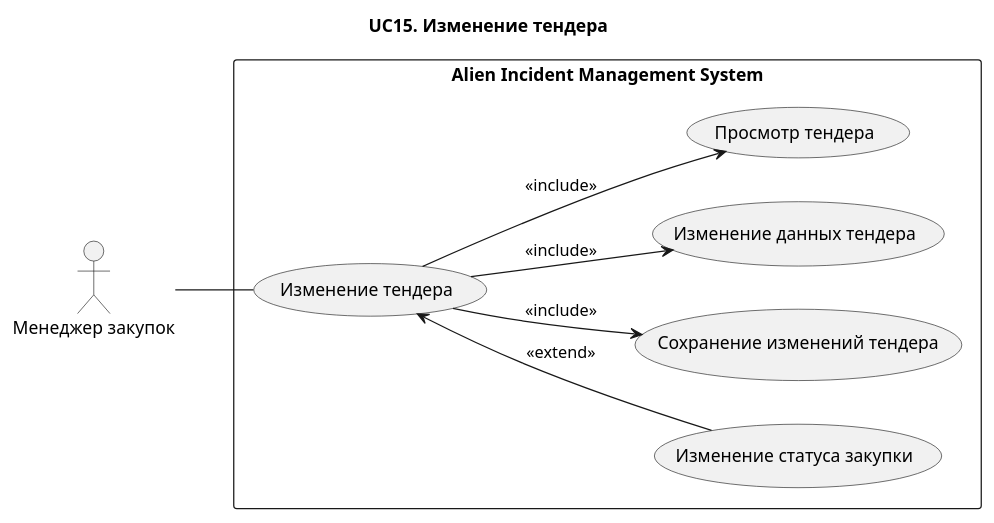
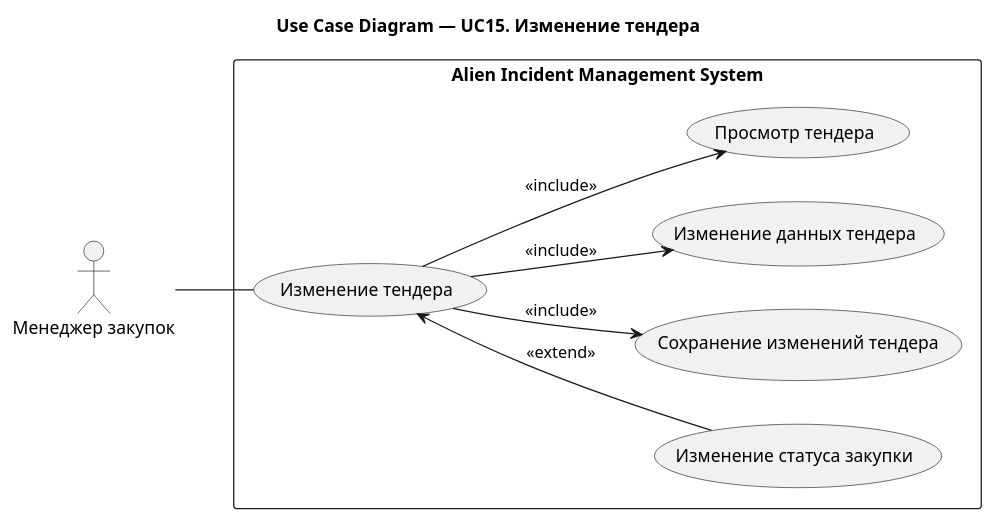
The diagram in docs/use-case/UC15.md (Andryss/AIMS), drawn with PlantUML before and after one commit. The commit also changed 31 other files, not shown here.

````diff
--- a/docs/use-case/UC15.md
+++ b/docs/use-case/UC15.md
@@ -5,27 +5,27 @@
 ```plantuml
 @startuml
-title UC15. Изменение тендера
+title Use Case Diagram — UC15. Изменение тендера
 left to right direction
 
 actor "Менеджер закупок" as Procurement
 
 rectangle "Alien Incident Management System" {
 
 (Изменение тендера) as UC11
 
 (Изменение статуса закупки) as UC115
 (Сохранение изменений тендера) as UC114
 (Изменение данных тендера) as UC112
 (Просмотр тендера) as UC111
 
 }
 
 Procurement -- UC11
 
 UC11 --> UC111 : <<include>>
 UC11 --> UC112 : <<include>>
 UC11 --> UC114 : <<include>>
 UC11 <-- UC115 : <<extend>>
 
 @enduml
 ```
````
